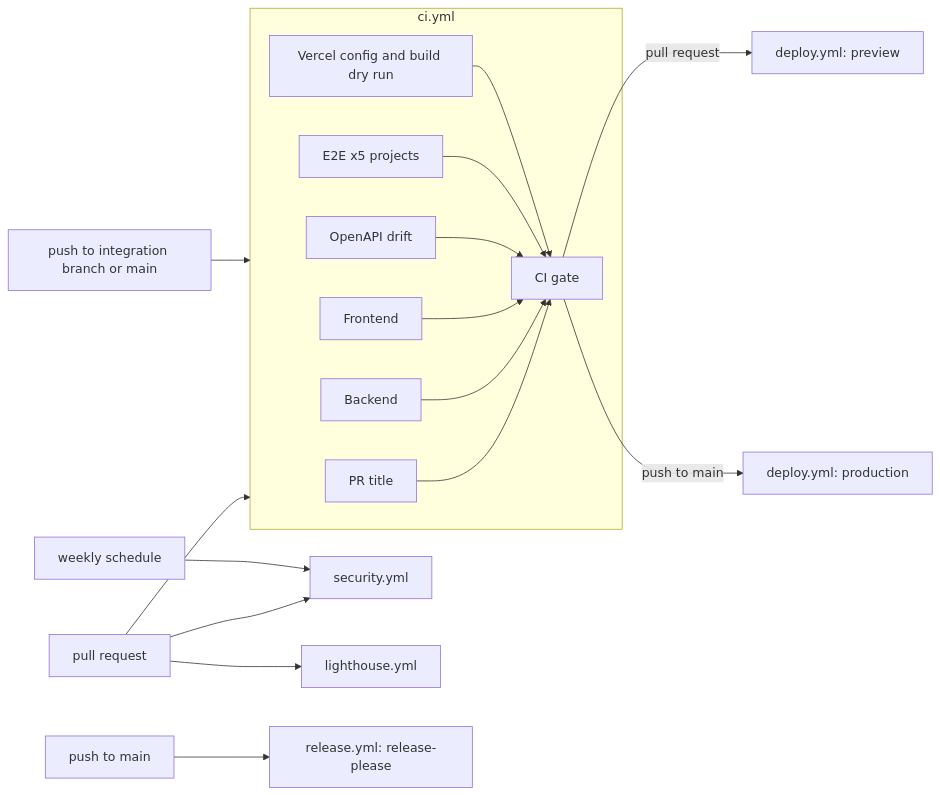
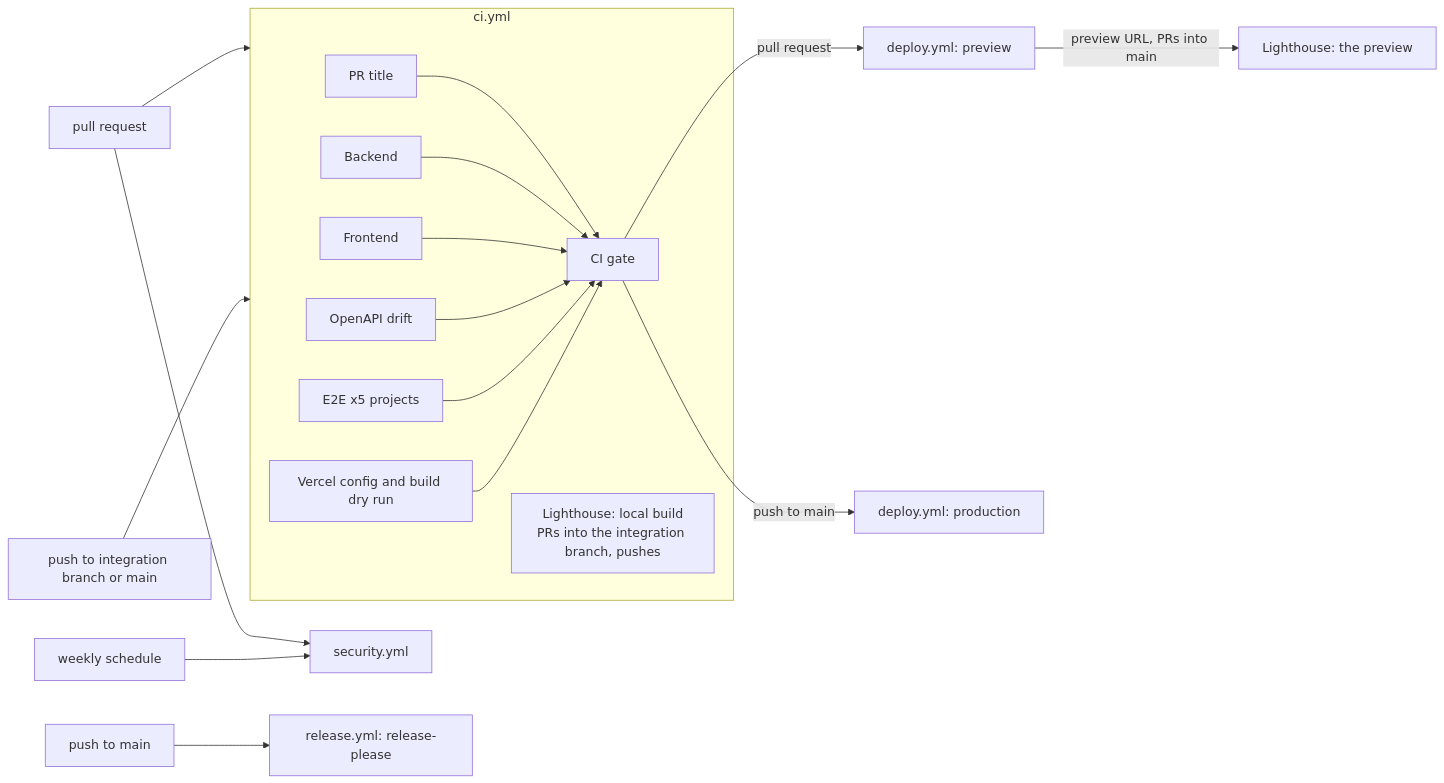
Before and after one commit to ar27111994/weather-aware-truck-routing: the diagram in docs/CI-CD.md, drawn with Mermaid. The commit also changed other lines of this file and 6 other files, not shown here.

````diff
--- a/docs/CI-CD.md
+++ b/docs/CI-CD.md
@@ -8,20 +8,21 @@
 ```mermaid
 flowchart LR
   PR[pull request] --> CI
   PUSH[push to integration branch or main] --> CI
   subgraph CI[ci.yml]
     T[PR title] --> G
     B[Backend] --> G
     F[Frontend] --> G
     O[OpenAPI drift] --> G
     E[E2E x5 projects] --> G
     V[Vercel config and build dry run] --> G
     G[CI gate]
+    LHL[Lighthouse: local build<br/>PRs into the integration branch, pushes]
   end
   G -->|pull request| DP[deploy.yml: preview]
   G -->|push to main| DM[deploy.yml: production]
+  DP -->|preview URL, PRs into main| LHP[Lighthouse: the preview]
   PR --> SEC[security.yml]
-  PR --> LH[lighthouse.yml]
   WEEK[weekly schedule] --> SEC
   MAIN[push to main] --> REL[release.yml: release-please]
 ```
````
